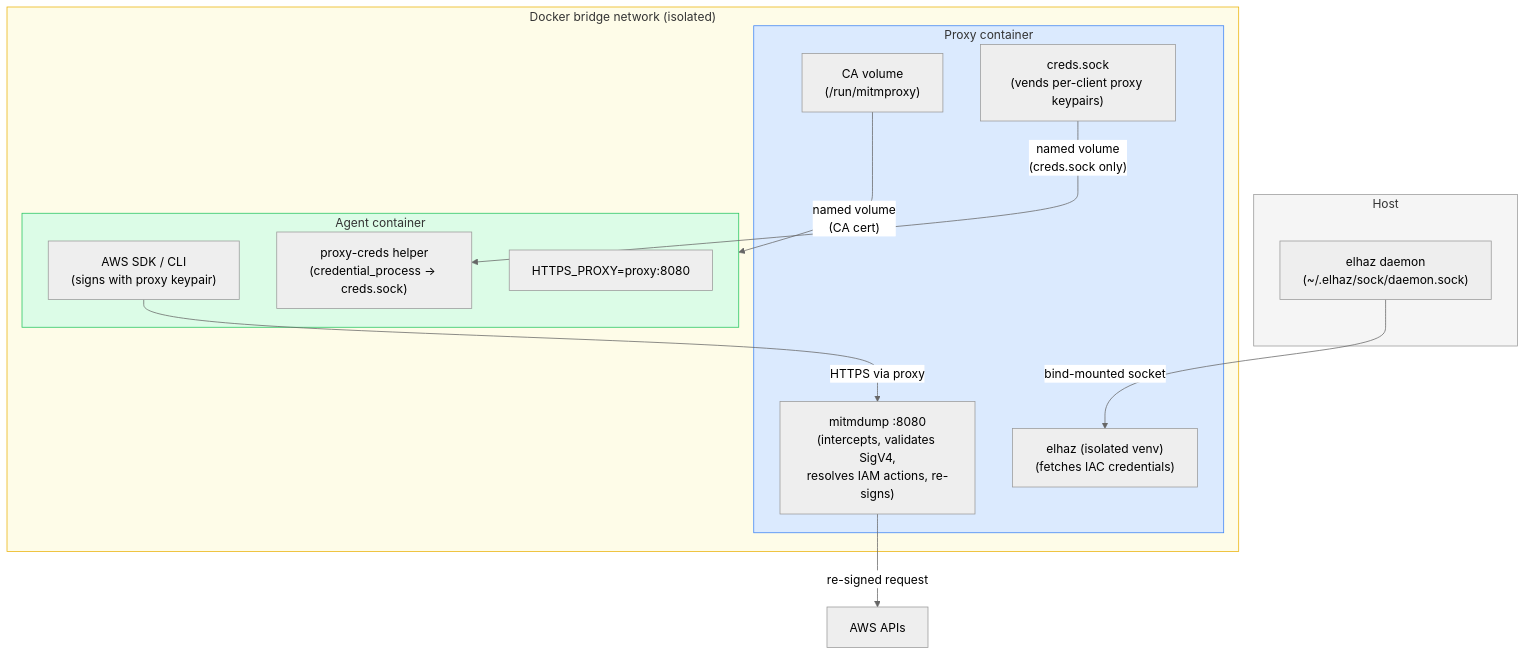
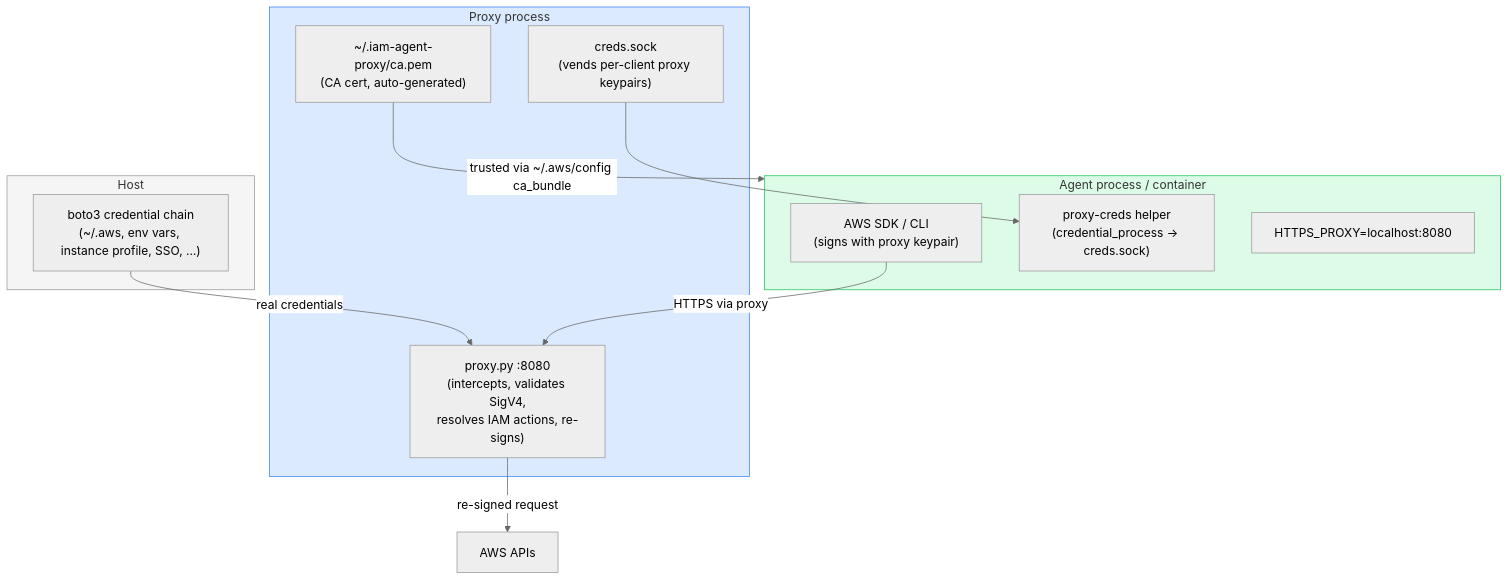
The diagram in BLOG.md (engseclabs/aws-sigv4-resigning-proxy), drawn with Mermaid (neutral theme) before and after one commit. The commit also changed other lines of this file and 28 other files, not shown here.

First line of the commit message:
Replace mitmproxy with proxy.py, elhaz with boto3, rename proxy/ to core/

````diff
--- a/BLOG.md
+++ b/BLOG.md
@@ -20,32 +20,28 @@
 ```mermaid
 graph TD
     subgraph host["Host"]
-        elhaz["elhaz daemon\n(~/.elhaz/sock/daemon.sock)"]
+        boto3["boto3 credential chain\n(~/.aws, env vars, instance profile, SSO, …)"]
     end
 
-    subgraph proxy_net["Docker bridge network (isolated)"]
-        subgraph proxy_container["Proxy container"]
-            mitmdump["mitmdump :8080\n(intercepts, validates SigV4,\nresolves IAM actions, re-signs)"]
-            elhaz_venv["elhaz (isolated venv)\n(fetches IAC credentials)"]
-            creds_sock["creds.sock\n(vends per-client proxy keypairs)"]
-            ca_vol["CA volume\n(/run/mitmproxy)"]
-        end
-
-        subgraph agent_container["Agent container"]
-            aws_sdk["AWS SDK / CLI\n(signs with proxy keypair)"]
-            proxy_creds["proxy-creds helper\n(credential_process → creds.sock)"]
-            https_proxy["HTTPS_PROXY=proxy:8080"]
-        end
+    subgraph proxy_process["Proxy process"]
+        proxypy["proxy.py :8080\n(intercepts, validates SigV4,\nresolves IAM actions, re-signs)"]
+        creds_sock["creds.sock\n(vends per-client proxy keypairs)"]
+        ca_cert["~/.iam-agent-proxy/ca.pem\n(CA cert, auto-generated)"]
     end
 
-    elhaz -- "bind-mounted socket" --> elhaz_venv
-    creds_sock -- "named volume\n(creds.sock only)" --> proxy_creds
-    ca_vol -- "named volume\n(CA cert)" --> agent_container
-    aws_sdk -- "HTTPS via proxy" --> mitmdump
-    mitmdump -- "re-signed request" --> Internet["AWS APIs"]
+    subgraph agent["Agent process / container"]
+        aws_sdk["AWS SDK / CLI\n(signs with proxy keypair)"]
+        proxy_creds["proxy-creds helper\n(credential_process → creds.sock)"]
+        https_proxy["HTTPS_PROXY=localhost:8080"]
+    end
+
+    boto3 -- "real credentials" --> proxypy
+    creds_sock --> proxy_creds
+    ca_cert -- "trusted via ~/.aws/config ca_bundle" --> agent
+    aws_sdk -- "HTTPS via proxy" --> proxypy
+    proxypy -- "re-signed request" --> Internet["AWS APIs"]
 
     style host fill:#f5f5f5,stroke:#999
-    style proxy_container fill:#dbeafe,stroke:#3b82f6
-    style agent_container fill:#dcfce7,stroke:#22c55e
-    style proxy_net fill:#fefce8,stroke:#eab308
+    style proxy_process fill:#dbeafe,stroke:#3b82f6
+    style agent fill:#dcfce7,stroke:#22c55e
 ```
````
